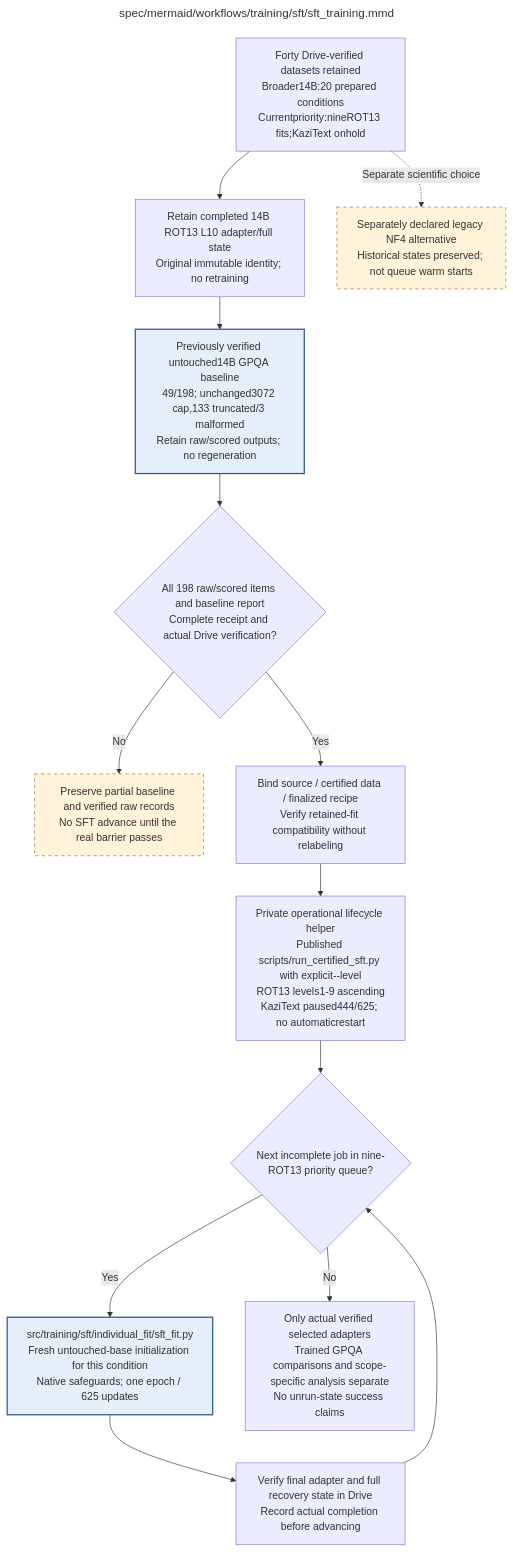
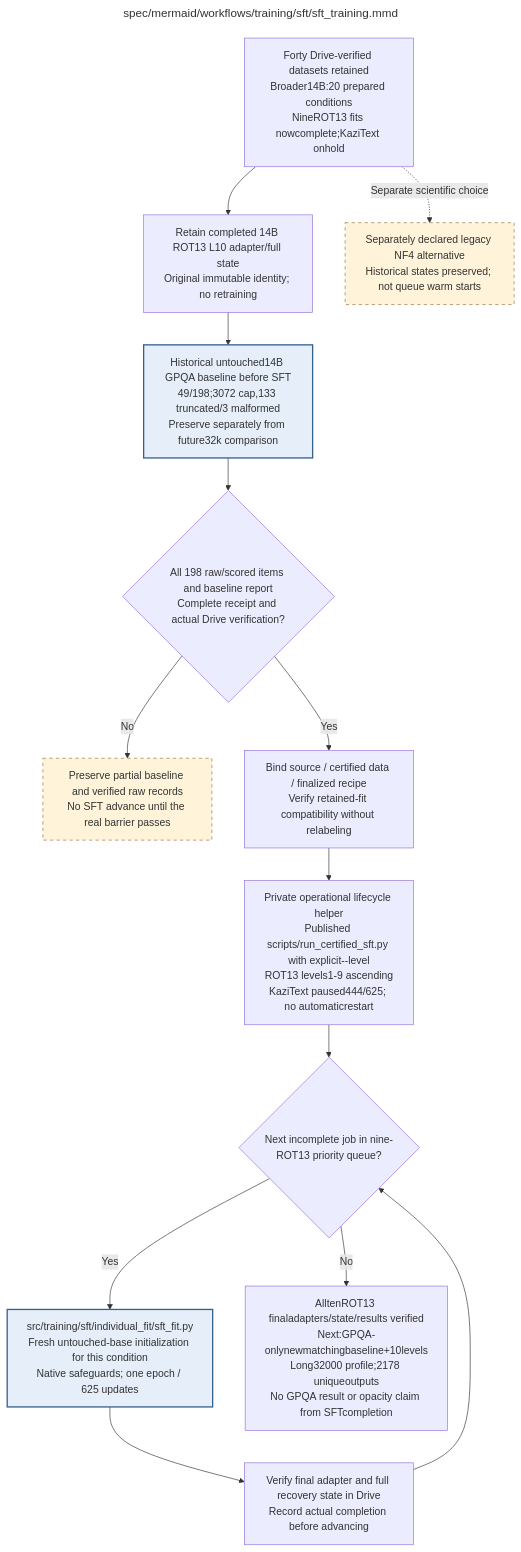
The diagram in docs/modules/training/sft/sft_training.md (AJUNNYC/inducing_persistent_textual_chain_of_thought_illegibility), drawn with Mermaid before and after one commit. The commit also changed other lines of this file and 38 other files, not shown here.

Commit message:
Document completed ROT13 matrix and long-budget GPQA evaluation

````diff
--- a/docs/modules/training/sft/sft_training.md
+++ b/docs/modules/training/sft/sft_training.md
@@ -85,53 +85,53 @@
 ```mermaid
 ---
 title: "spec/mermaid/workflows/training/sft/sft_training.mmd"
 ---
 flowchart TD
-%% Dated13Oct22:06UTC evidence: GPQA49/198 staysverified;KaziTextL10 paused444;ROT13L1 nowtraining.
+%% Current14Oct: nine-levelROT13queue COMPLETE, all625/finalDriveverified; retainedL10 alsocomplete.
 %% ROT13L1 native masks/recovery passed1x16/GCoff;checkpoint0 Drive-verified;3 busyGPU samples94-98%.
-%% Exactupdatecountwaitsfornextsavedcheckpoint; launchedPID alone is not trainingproof.
+%% Historicalstartup evidence below remains dated; alltencompleted fits nowhave final625 evidence.
 %% RetainedROT13L10 keeps old2ea4fb9 identity; laterdocumentation cannot relabel executed workers.
 %% Current priority uses private lifecycle helper -> published scripts/run_certified_sft.py explicitlevel.
 %% No scientific source/configuration/data/recipe change; source9de8813 remains executed identity.
-%% Forty prepared datasets retained; active scope is 20 14B conditions, 19 new fits.
+%% Forty prepared datasets retained; alltenROT13 fitscomplete, tenKaziText fitsuncompleted.
 %% Retain completed ROT13 14B L10 with immutable source 2ea4fb9/config 6f7e5048 identity.
 %% Baseline-only GPQA CLI needs no trained adapter; require real Diamond 198 completion and Drive verification.
-%% New user priority: nineROT13 levels1-9 ascending; KaziTextpaused444/625 Drive-verified, no automaticrestart.
+%% Executedpriorityworkflow: nineROT13 levels1-9 ascending; nowcomplete. KaziTextpaused444, noauto.
 %% Each starts from untouched pinned base; default efficient_one_epoch_v1 applies per fit.
 %% All 10,000 examples once; 625 updates/cosine horizon; 19 warmup; full targets/effective 16.
 %% BF16 base/head, exact full-gradient CCE, SDPA, plain AdamW; original LoRA/masks/LR unchanged.
 %% Requested 2 x 8; CUDA-OOM-only capacity fallback 1 x 16; recorded execution mode frozen for recovery.
 %% Checkpoints every 100/final 625, verified Drive outputs before advancement.
 %% $240 authorization retained; no new inferred hourly price or rate-based cutoff.
 %% Explicit UTC deadlines and safe user pauses remain separate controls.
 %% Historical 7B/NF4 outputs retained; no warm starts or success inferred from missing states.
 %% Child: FIT => individual_fit/sft_fit.mmd
-    INPUT["Forty Drive-verified datasets retained<br/>Broader14B:20 prepared conditions<br/>Currentpriority:nineROT13 fits;KaziText onhold"]
+    INPUT["Forty Drive-verified datasets retained<br/>Broader14B:20 prepared conditions<br/>NineROT13 fits nowcomplete;KaziText onhold"]
     RETAIN["Retain completed 14B ROT13 L10 adapter/full state<br/>Original immutable identity; no retraining"]
-    BASE["Previously verified untouched14B GPQA baseline<br/>49/198; unchanged3072 cap,133 truncated/3 malformed<br/>Retain raw/scored outputs; no regeneration"]
+    BASE["Historical untouched14B GPQA baseline before SFT<br/>49/198;3072 cap,133 truncated/3 malformed<br/>Preserve separately from future32k comparison"]
     BARRIER{"All 198 raw/scored items and baseline report<br/>Complete receipt and actual Drive verification?"}
     WAIT["Preserve partial baseline and verified raw records<br/>No SFT advance until the real barrier passes"]
     BIND["Bind source / certified data / finalized recipe<br/>Verify retained-fit compatibility without relabeling"]
     ORDER["Private operational lifecycle helper<br/>Published scripts/run_certified_sft.py with explicit--level<br/>ROT13 levels1-9 ascending<br/>KaziText paused444/625; no automaticrestart"]
     NEXT{"Next incomplete job in nine-ROT13 priority queue?"}
     FIT["src/training/sft/individual_fit/sft_fit.py<br/>Fresh untouched-base initialization for this condition<br/>Native safeguards; one epoch / 625 updates"]
     SAVE["Verify final adapter and full recovery state in Drive<br/>Record actual completion before advancing"]
-    OUT["Only actual verified selected adapters<br/>Trained GPQA comparisons and scope-specific analysis separate<br/>No unrun-state success claims"]
+    OUT["AlltenROT13 finaladapters/state/results verified<br/>Next:GPQA-onlynewmatchingbaseline+10levels<br/>Long32000 profile;2178 uniqueoutputs<br/>No GPQA result or opacity claim from SFTcompletion"]
     LEGACY["Separately declared legacy NF4 alternative<br/>Historical states preserved; not queue warm starts"]
     INPUT --> RETAIN --> BASE --> BARRIER
     BARRIER -->|No| WAIT
     BARRIER -->|Yes| BIND --> ORDER --> NEXT
     NEXT -->|Yes| FIT --> SAVE --> NEXT
     NEXT -->|No| OUT
     INPUT -.->|Separate scientific choice| LEGACY
     classDef detail fill:#e5eef9,stroke:#365f8a,stroke-width:2px
     class BASE,FIT detail
     classDef stop fill:#fff3d9,stroke:#95733f,stroke-dasharray:5 5
     class WAIT,LEGACY stop
 
 %% Repository module: src/training/sft/sft_training.py
 %% Module documentation: docs/modules/training/sft/sft_training.md
 %% Unit test: tests/unit/training/sft/test_sft_training.py
 %% Owner: sft
 %% Source sections: C.2; E.1.1-E.1.3; E.2.2,E.2.5; authorized efficient redesign/current queue
 ```
````
